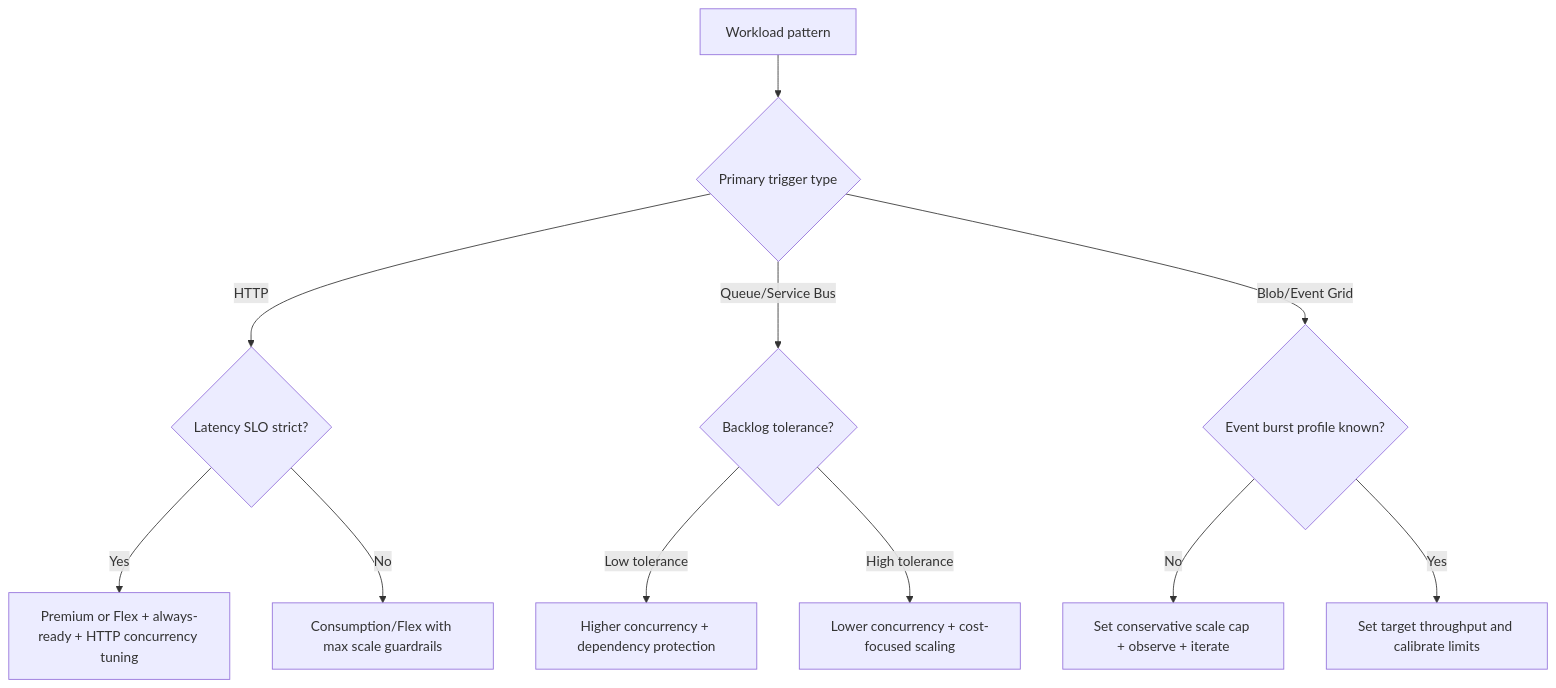
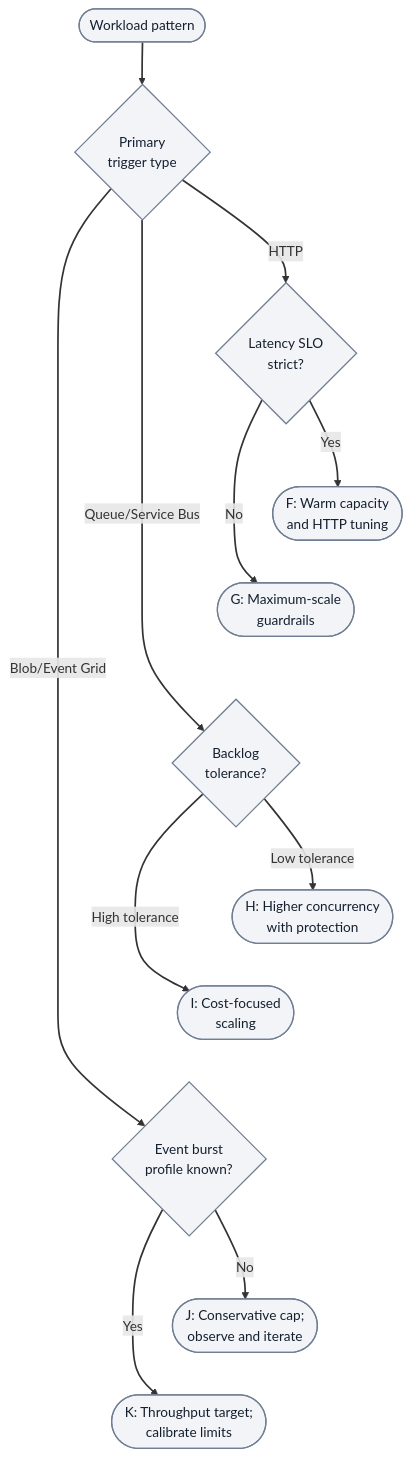
The first of 2 diagrams in docs/best-practices/scaling.md (yeongseon/azure-functions-practical-guide), drawn with Mermaid before and after one commit. The commit also changed other lines of this file and 3 other files, not shown here.

First line of the commit message:
docs(diagrams): migrate Functions scaling and cold start — scaling and cold start and related pages (#428)

````diff
--- a/docs/best-practices/scaling.md
+++ b/docs/best-practices/scaling.md
@@ -57,13 +57,24 @@
 ```mermaid
 flowchart TD
-    A[Workload pattern] --> B{Primary trigger type}
-    B -->|HTTP| C{Latency SLO strict?}
-    B -->|"Queue/Service Bus"| D{Backlog tolerance?}
-    B -->|"Blob/Event Grid"| E{Event burst profile known?}
-    C -->|Yes| F[Premium or Flex + always-ready + HTTP concurrency tuning]
-    C -->|No| G["Consumption/Flex with max scale guardrails"]
-    D -->|Low tolerance| H[Higher concurrency + dependency protection]
-    D -->|High tolerance| I[Lower concurrency + cost-focused scaling]
-    E -->|No| J[Set conservative scale cap + observe + iterate]
-    E -->|Yes| K[Set target throughput and calibrate limits]
+    accTitle: Scaling guardrails by workload
+    accDescr: Illustrative tuning choices, not a plan-selection guarantee. HTTP branches on strict latency SLOs; Queue or Service Bus branches on backlog tolerance; Blob or Event Grid branches on whether the burst profile is known. Each branch retains its distinct guardrail outcome, expanded in the adjacent key. HTTP concurrency controls depend on the plan.
+    A(["Workload pattern"]) --> B{"Primary<br/>trigger type"}
+    B -->|HTTP| C{"Latency SLO<br/>strict?"}
+    B -->|"Queue/Service Bus"| D{"Backlog<br/>tolerance?"}
+    B -->|"Blob/Event Grid"| E{"Event burst<br/>profile known?"}
+    C -->|Yes| F(["F: Warm capacity<br/>and HTTP tuning"])
+    C -->|No| G(["G: Maximum-scale<br/>guardrails"])
+    D -->|Low tolerance| H(["H: Higher concurrency<br/>with protection"])
+    D -->|High tolerance| I(["I: Cost-focused<br/>scaling"])
+    E -->|No| J(["J: Conservative cap;<br/>observe and iterate"])
+    E -->|Yes| K(["K: Throughput target;<br/>calibrate limits"])
+    %% Layout-only links tier the branches; they add no decisions or semantic arrows.
+    F ~~~ G
+    G ~~~ D
+    H ~~~ I
+    I ~~~ E
+    J ~~~ K
+    classDef baseNeutral fill:#f2f4f8,stroke:#707e93,stroke-width:1.5px,color:#14202e;
+    class A,B,C,D,E,F,G,H,I,J,K baseNeutral;
+    linkStyle default stroke-width:2px;
 ```
````
